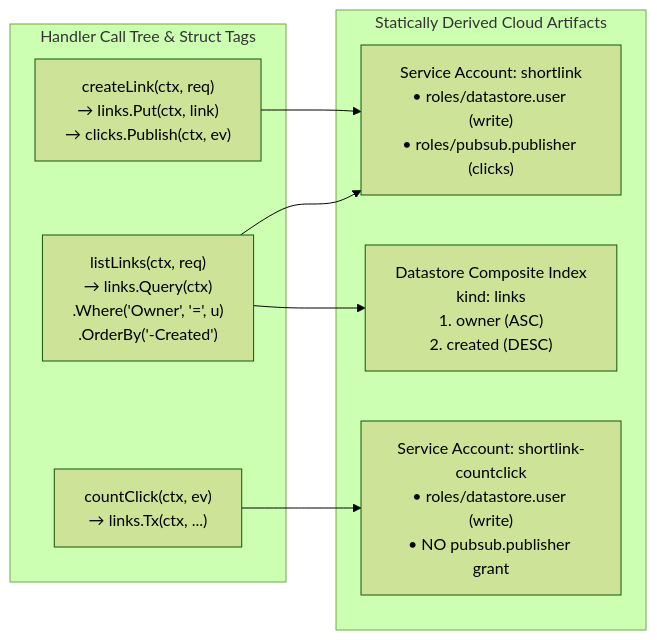
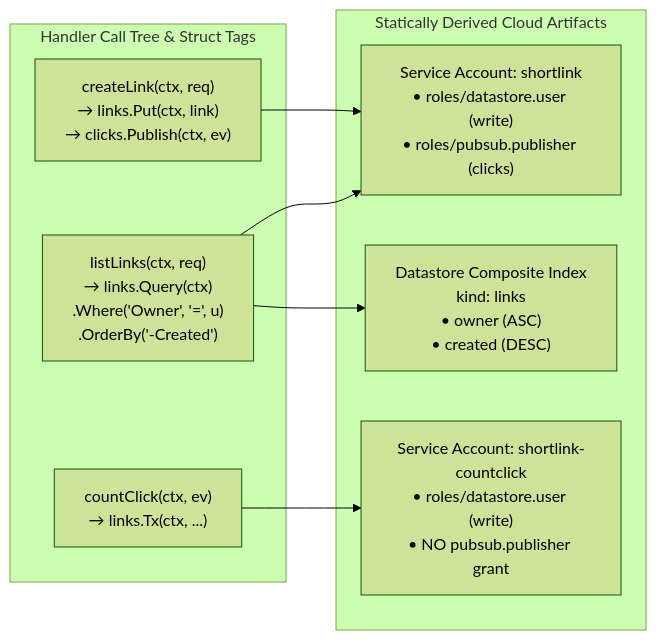
One commit to gsandoval/tako changed the third of 3 diagrams in docs/guide/00-mental-model.md. Above: the diagram before and after it, drawn with Mermaid (forest theme). The commit also changed other lines of this file and 5 other files, not shown here.

Commit message:
docs: fix Mermaid v11 reserved 'graph' node ID and ordered-list label triggers

````diff
--- a/docs/guide/00-mental-model.md
+++ b/docs/guide/00-mental-model.md
@@ -163,19 +163,19 @@
 ```mermaid
 flowchart LR
-  subgraph code["Handler Call Tree & Struct Tags"]
+  subgraph call_tree["Handler Call Tree & Struct Tags"]
     h_create["createLink(ctx, req)\n→ links.Put(ctx, link)\n→ clicks.Publish(ctx, ev)"]
     h_list["listLinks(ctx, req)\n→ links.Query(ctx)\n   .Where('Owner', '=', u)\n   .OrderBy('-Created')"]
     h_work["countClick(ctx, ev)\n→ links.Tx(ctx, ...)"]
   end
 
   subgraph derived["Statically Derived Cloud Artifacts"]
     sa_app["Service Account: shortlink\n• roles/datastore.user (write)\n• roles/pubsub.publisher (clicks)"]
     sa_work["Service Account: shortlink-countclick\n• roles/datastore.user (write)\n• NO pubsub.publisher grant"]
-    idx["Datastore Composite Index\nkind: links\n1. owner (ASC)\n2. created (DESC)"]
+    idx["Datastore Composite Index\nkind: links\n• owner (ASC)\n• created (DESC)"]
   end
 
   h_create --> sa_app
   h_list --> sa_app
   h_list --> idx
   h_work --> sa_work
 ```
````
